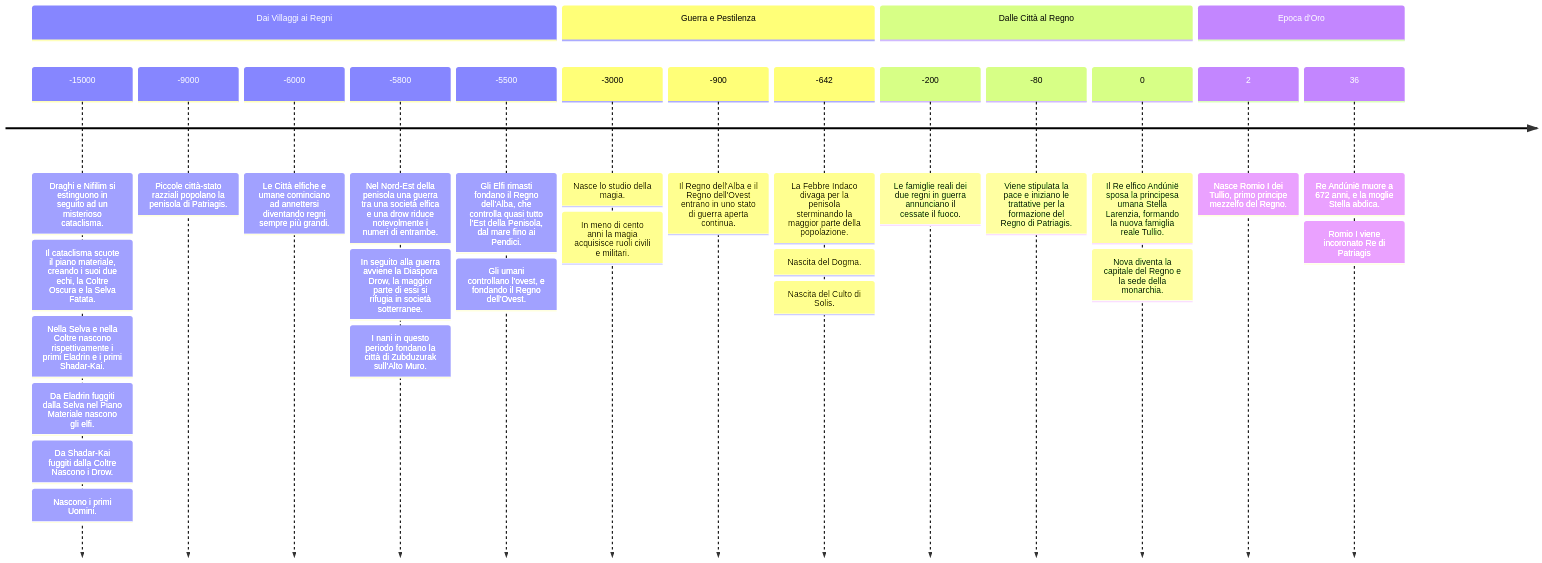
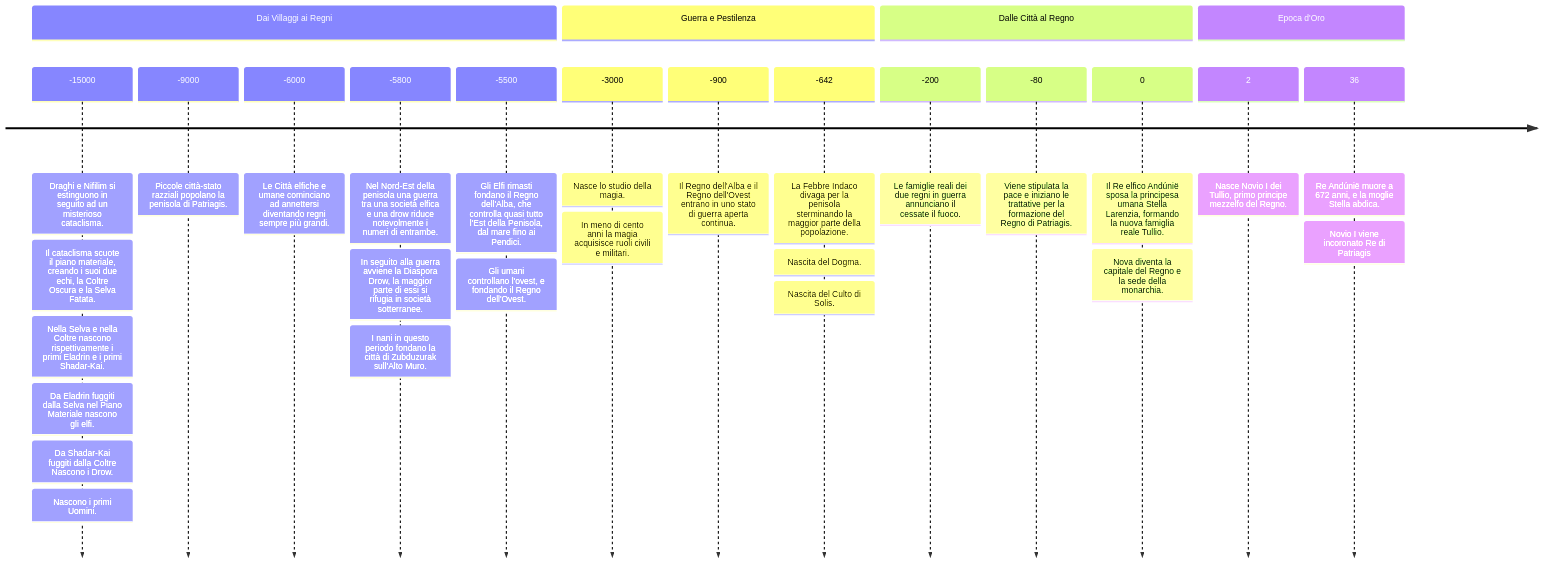
One commit to michelepapucci/explore-patriagis changed the diagram in content/Settings/backups/mermaid timeline backup 2024.09.22.md. Above: the diagram before and after it, drawn with Mermaid. The commit also changed 27 other files, not shown here.

````diff
--- a/content/Settings/backups/mermaid timeline backup 2024.09.22.md
+++ b/content/Settings/backups/mermaid timeline backup 2024.09.22.md
@@ -1,35 +1,35 @@
 ```mermaid
 timeline
         title   
         section Dai Villaggi ai Regni
         -15000 : Draghi e Nifilim si estinguono in seguito ad un misterioso cataclisma.
 			    : Il cataclisma scuote il piano materiale, creando i suoi due echi, la Coltre Oscura e la Selva  Fatata.
 				: Nella Selva e nella Coltre nascono rispettivamente i primi Eladrin e i primi Shadar-Kai.
 				: Da Eladrin fuggiti dalla Selva nel Piano Materiale nascono gli elfi.
 				: Da Shadar-Kai fuggiti dalla Coltre Nascono i Drow.
 				: Nascono i primi Uomini. 	
 		-9000: Piccole città-stato razziali popolano la penisola di Patriagis. 
 		-6000: Le Città elfiche e umane cominciano ad annettersi diventando regni sempre più grandi.
 		-5800: Nel Nord-Est della penisola una guerra tra una società elfica e una drow riduce notevolmente i numeri di entrambe.
 			: In seguito alla guerra avviene la Diaspora Drow, la maggior parte di essi si rifugia in società sotterranee. 
 			: I nani in questo periodo fondano la città di Zubduzurak sull'Alto Muro. 
 		-5500: Gli Elfi rimasti fondano il Regno dell'Alba, che controlla quasi tutto l'Est della Penisola, dal mare fino ai Pendici. 
 			: Gli umani controllano l'ovest, e fondando il Regno dell'Ovest.
         section Guerra e Pestilenza
         -3000: Nasce lo studio della magia.
 			: In meno di cento anni la magia acquisisce ruoli civili e militari.
         -900: Il Regno dell'Alba e il Regno dell'Ovest entrano in uno stato di guerra aperta continua.
         -642: La Febbre Indaco divaga per la penisola sterminando la maggior parte della popolazione.
 	        : Nascita del Dogma.
 	        : Nascita del Culto di Solis.
 	    section Dalle Città al Regno
 		-200: Le famiglie reali dei due regni in guerra annunciano il cessate il fuoco.
 		-80: Viene stipulata la pace e iniziano le trattative per la formazione del Regno di Patriagis.
 		0: Il Re elfico Andúnië sposa la principesa umana Stella Larenzia, formando la nuova famiglia reale Tullio. 
 			: Nova diventa la capitale del Regno e la sede della monarchia.
 	    section Epoca d'Oro
-		2: Nasce Romio I dei Tullio, primo principe mezzelfo del Regno.
+		2: Nasce Novio I dei Tullio, primo principe mezzelfo del Regno.
 		36: Re Andúnië muore a 672 anni, e la moglie Stella abdica. 
-			: Romio I viene incoronato Re di Patriagis
+			: Novio I viene incoronato Re di Patriagis
 
 ```
````
